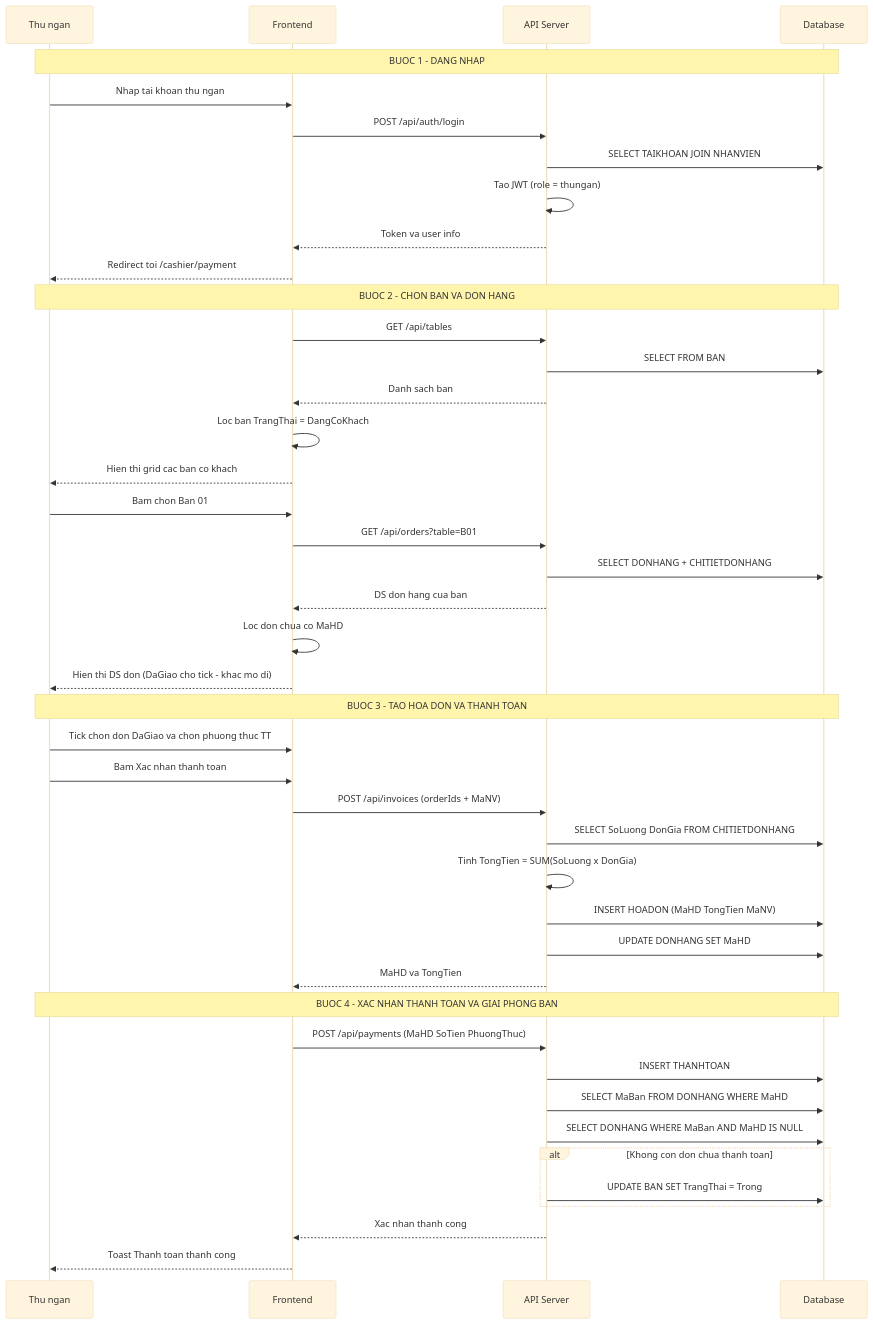
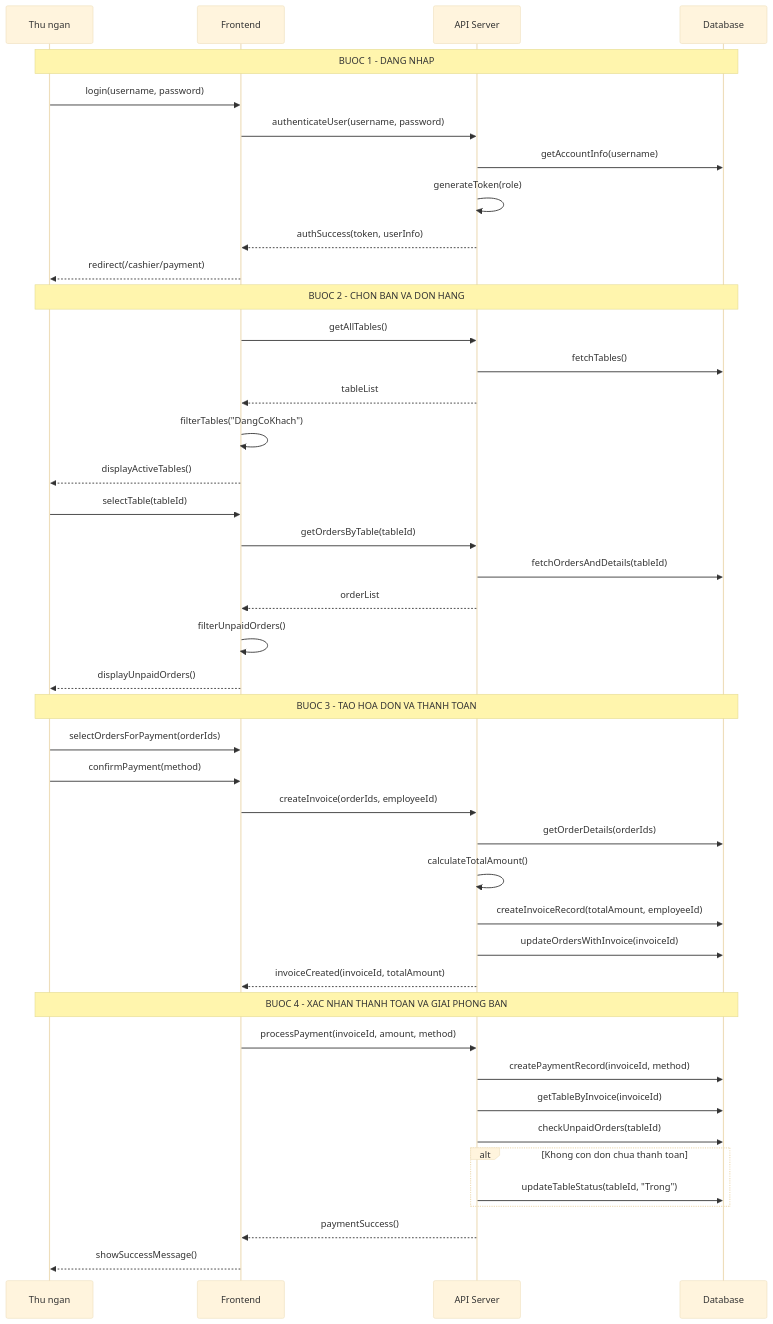
Before and after one commit to tahpnart8/demo-pttkht-Nhom2IT0001: the eighth of 10 diagrams in docs/so-do-he-thong.md, drawn with Mermaid (base theme). The commit also changed other lines of this file, not shown here.

Commit message:
Sửa lại sơ đồ sequence

````diff
--- a/docs/so-do-he-thong.md
+++ b/docs/so-do-he-thong.md
@@ -386,49 +386,49 @@
 ```mermaid
 sequenceDiagram
     participant TN as Thu ngan
     participant FE as Frontend
     participant API as API Server
     participant DB as Database
 
     Note over TN,DB: BUOC 1 - DANG NHAP
-    TN->>FE: Nhap tai khoan thu ngan
-    FE->>API: POST /api/auth/login
-    API->>DB: SELECT TAIKHOAN JOIN NHANVIEN
-    API->>API: Tao JWT (role = thungan)
-    API-->>FE: Token va user info
-    FE-->>TN: Redirect toi /cashier/payment
+    TN->>FE: login(username, password)
+    FE->>API: authenticateUser(username, password)
+    API->>DB: getAccountInfo(username)
+    API->>API: generateToken(role)
+    API-->>FE: authSuccess(token, userInfo)
+    FE-->>TN: redirect(/cashier/payment)
 
     Note over TN,DB: BUOC 2 - CHON BAN VA DON HANG
-    FE->>API: GET /api/tables
-    API->>DB: SELECT FROM BAN
-    API-->>FE: Danh sach ban
-    FE->>FE: Loc ban TrangThai = DangCoKhach
-    FE-->>TN: Hien thi grid cac ban co khach
-    TN->>FE: Bam chon Ban 01
-    FE->>API: GET /api/orders?table=B01
-    API->>DB: SELECT DONHANG + CHITIETDONHANG
-    API-->>FE: DS don hang cua ban
-    FE->>FE: Loc don chua co MaHD
-    FE-->>TN: Hien thi DS don (DaGiao cho tick - khac mo di)
+    FE->>API: getAllTables()
+    API->>DB: fetchTables()
+    API-->>FE: tableList
+    FE->>FE: filterTables("DangCoKhach")
+    FE-->>TN: displayActiveTables()
+    TN->>FE: selectTable(tableId)
+    FE->>API: getOrdersByTable(tableId)
+    API->>DB: fetchOrdersAndDetails(tableId)
+    API-->>FE: orderList
+    FE->>FE: filterUnpaidOrders()
+    FE-->>TN: displayUnpaidOrders()
 
     Note over TN,DB: BUOC 3 - TAO HOA DON VA THANH TOAN
-    TN->>FE: Tick chon don DaGiao va chon phuong thuc TT
-    TN->>FE: Bam Xac nhan thanh toan
-    FE->>API: POST /api/invoices (orderIds + MaNV)
-    API->>DB: SELECT SoLuong DonGia FROM CHITIETDONHANG
-    API->>API: Tinh TongTien = SUM(SoLuong x DonGia)
-    API->>DB: INSERT HOADON (MaHD TongTien MaNV)
-    API->>DB: UPDATE DONHANG SET MaHD
-    API-->>FE: MaHD va TongTien
+    TN->>FE: selectOrdersForPayment(orderIds)
+    TN->>FE: confirmPayment(method)
+    FE->>API: createInvoice(orderIds, employeeId)
+    API->>DB: getOrderDetails(orderIds)
+    API->>API: calculateTotalAmount()
+    API->>DB: createInvoiceRecord(totalAmount, employeeId)
+    API->>DB: updateOrdersWithInvoice(invoiceId)
+    API-->>FE: invoiceCreated(invoiceId, totalAmount)
 
     Note over TN,DB: BUOC 4 - XAC NHAN THANH TOAN VA GIAI PHONG BAN
-    FE->>API: POST /api/payments (MaHD SoTien PhuongThuc)
-    API->>DB: INSERT THANHTOAN
-    API->>DB: SELECT MaBan FROM DONHANG WHERE MaHD
-    API->>DB: SELECT DONHANG WHERE MaBan AND MaHD IS NULL
+    FE->>API: processPayment(invoiceId, amount, method)
+    API->>DB: createPaymentRecord(invoiceId, method)
+    API->>DB: getTableByInvoice(invoiceId)
+    API->>DB: checkUnpaidOrders(tableId)
     alt Khong con don chua thanh toan
-        API->>DB: UPDATE BAN SET TrangThai = Trong
+        API->>DB: updateTableStatus(tableId, "Trong")
     end
-    API-->>FE: Xac nhan thanh cong
-    FE-->>TN: Toast Thanh toan thanh cong
+    API-->>FE: paymentSuccess()
+    FE-->>TN: showSuccessMessage()
 ```
````
